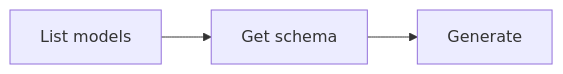
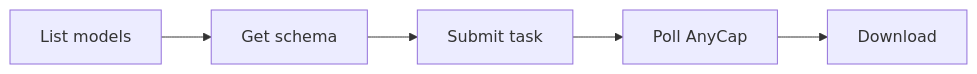
The diagram in skills/anycap-cli/references/video-generation.md (anycap-ai/anycap), drawn with Mermaid before and after one commit. The commit also changed other lines of this file and 27 other files, not shown here.

````diff
--- a/skills/anycap-cli/references/video-generation.md
+++ b/skills/anycap-cli/references/video-generation.md
@@ -7,5 +7,7 @@
 ```mermaid
 graph LR
     A[List models] --> B[Get schema]
-    B --> C[Generate]
+    B --> C[Submit task]
+    C --> D[Poll AnyCap]
+    D --> E[Download]
 ```
````
